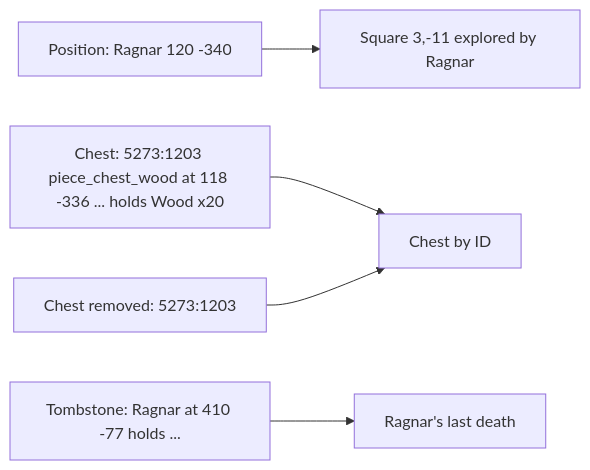
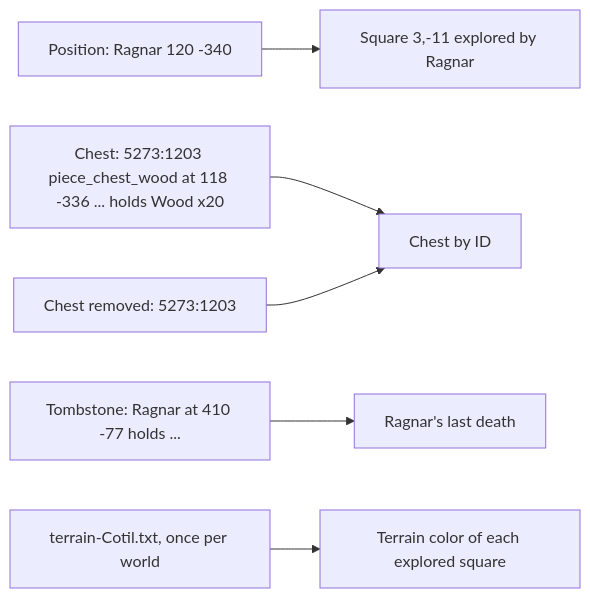
One commit to cristiadu/valheim-dashboard changed diagram 13 of 16 in docs/architecture.md. Above: the diagram before and after it, drawn with Mermaid. The commit also changed other lines of this file and 29 other files, not shown here.

````diff
--- a/docs/architecture.md
+++ b/docs/architecture.md
@@ -278,7 +278,8 @@
 ```mermaid
 flowchart LR
   pos["Position: Ragnar 120 -340"] --> square["Square 3,-11 explored by Ragnar"]
   chest["Chest: 5273:1203 piece_chest_wood at 118 -336 ... holds Wood x20"] --> chests[Chest by ID]
   removed["Chest removed: 5273:1203"] --> chests
   tomb["Tombstone: Ragnar at 410 -77 holds ..."] --> death[Ragnar's last death]
+  terrain["terrain-Cotil.txt, once per world"] --> land[Terrain color of each explored square]
 ```
````
